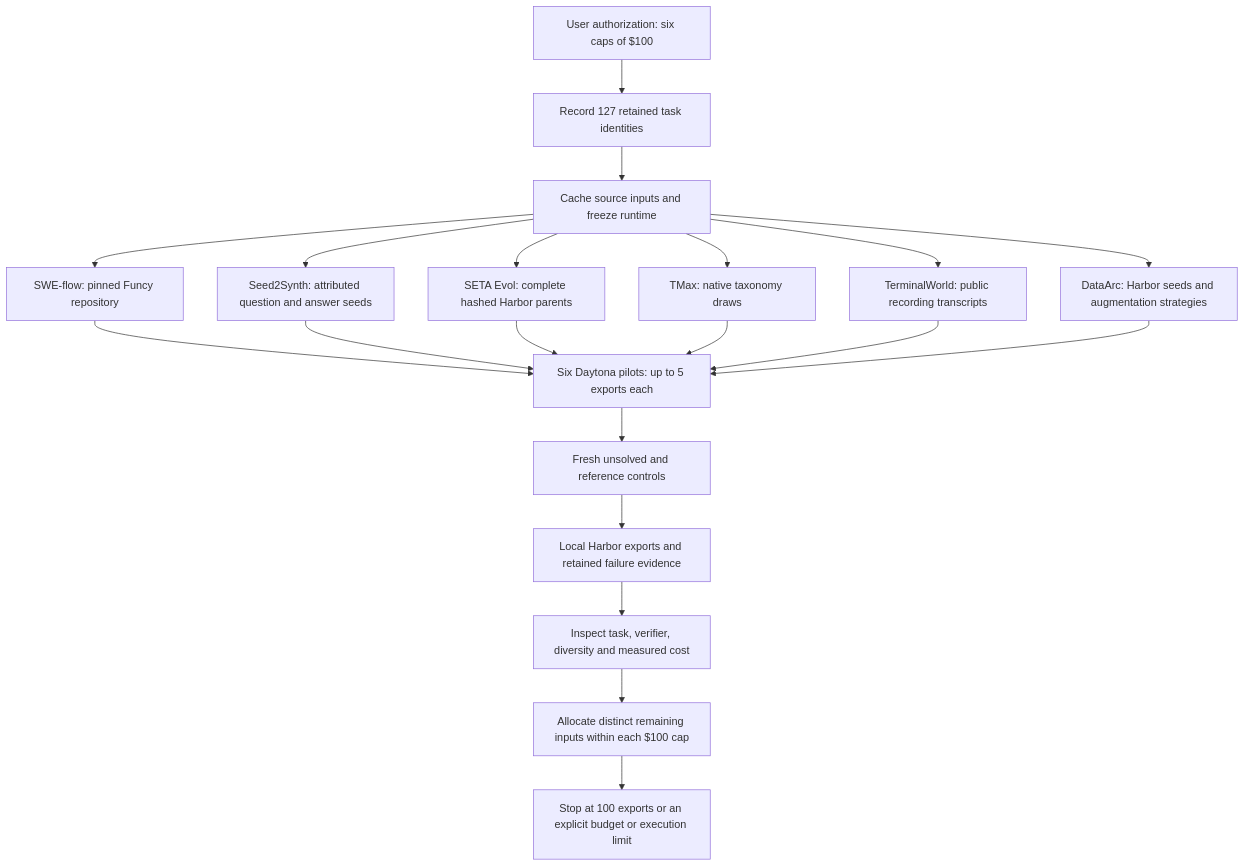
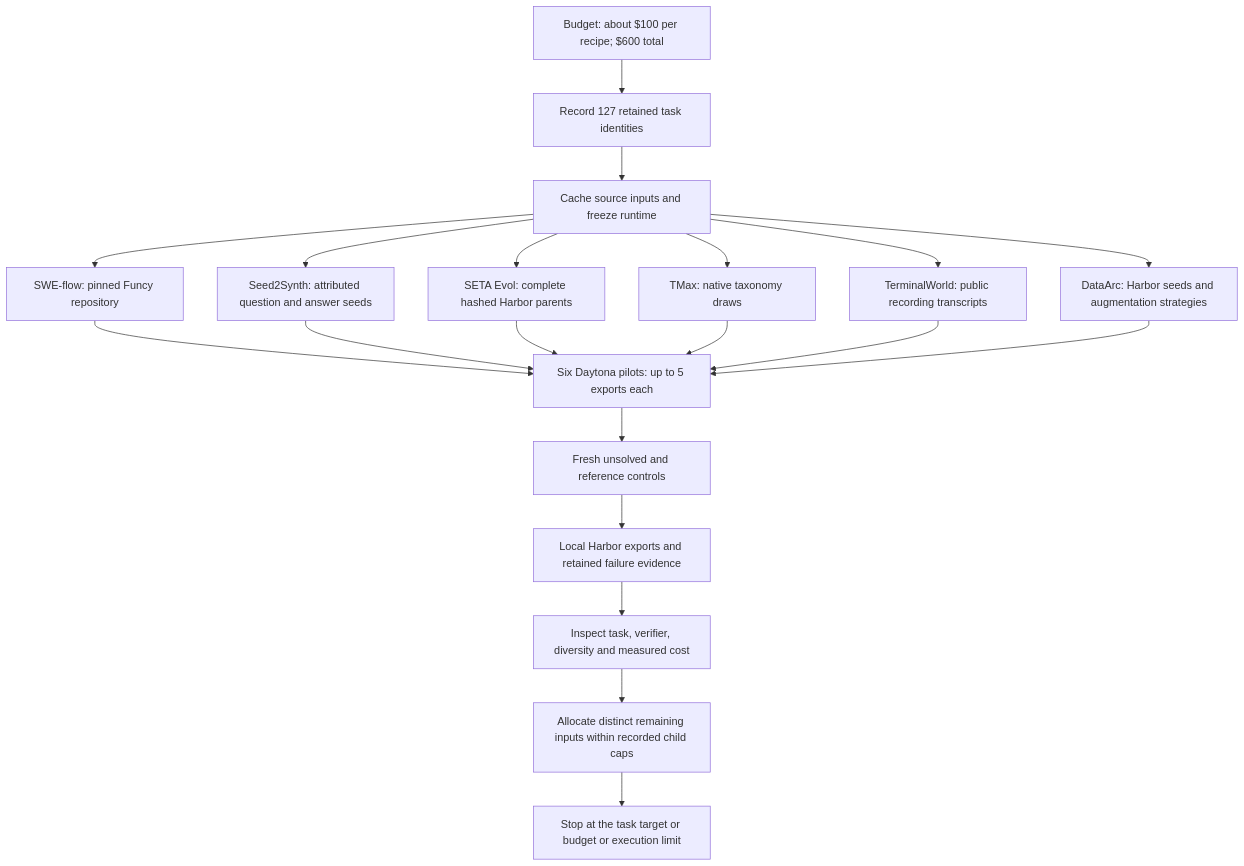
The diagram in docs/pipelines/waves34_scale100.md (huggingface/Repo2RLEnv), drawn with Mermaid before and after one commit. The commit also changed other lines of this file and 30 other files, not shown here.

````diff
--- a/docs/pipelines/waves34_scale100.md
+++ b/docs/pipelines/waves34_scale100.md
@@ -40,17 +43,17 @@
 ```mermaid
 flowchart TD
-  A[User authorization: six caps of $100] --> B[Record 127 retained task identities]
+  A[Budget: about $100 per recipe; $600 total] --> B[Record 127 retained task identities]
   B --> C[Cache source inputs and freeze runtime]
   C --> D1[SWE-flow: pinned Funcy repository]
   C --> D2[Seed2Synth: attributed question and answer seeds]
   C --> D3[SETA Evol: complete hashed Harbor parents]
   C --> D4[TMax: native taxonomy draws]
   C --> D5[TerminalWorld: public recording transcripts]
   C --> D6[DataArc: Harbor seeds and augmentation strategies]
   D1 & D2 & D3 & D4 & D5 & D6 --> E[Six Daytona pilots: up to 5 exports each]
   E --> F[Fresh unsolved and reference controls]
   F --> G[Local Harbor exports and retained failure evidence]
   G --> H[Inspect task, verifier, diversity and measured cost]
-  H --> I[Allocate distinct remaining inputs within each $100 cap]
-  I --> J[Stop at 100 exports or an explicit budget or execution limit]
+  H --> I[Allocate distinct remaining inputs within recorded child caps]
+  I --> J[Stop at the task target or budget or execution limit]
 ```
````
